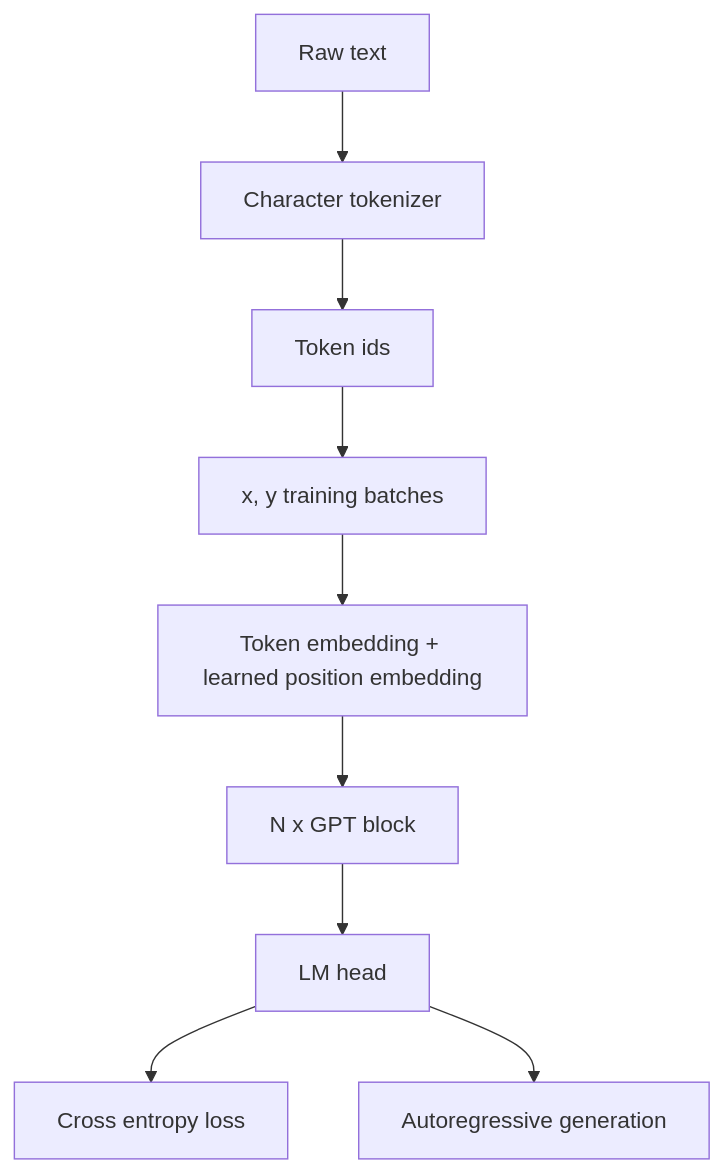
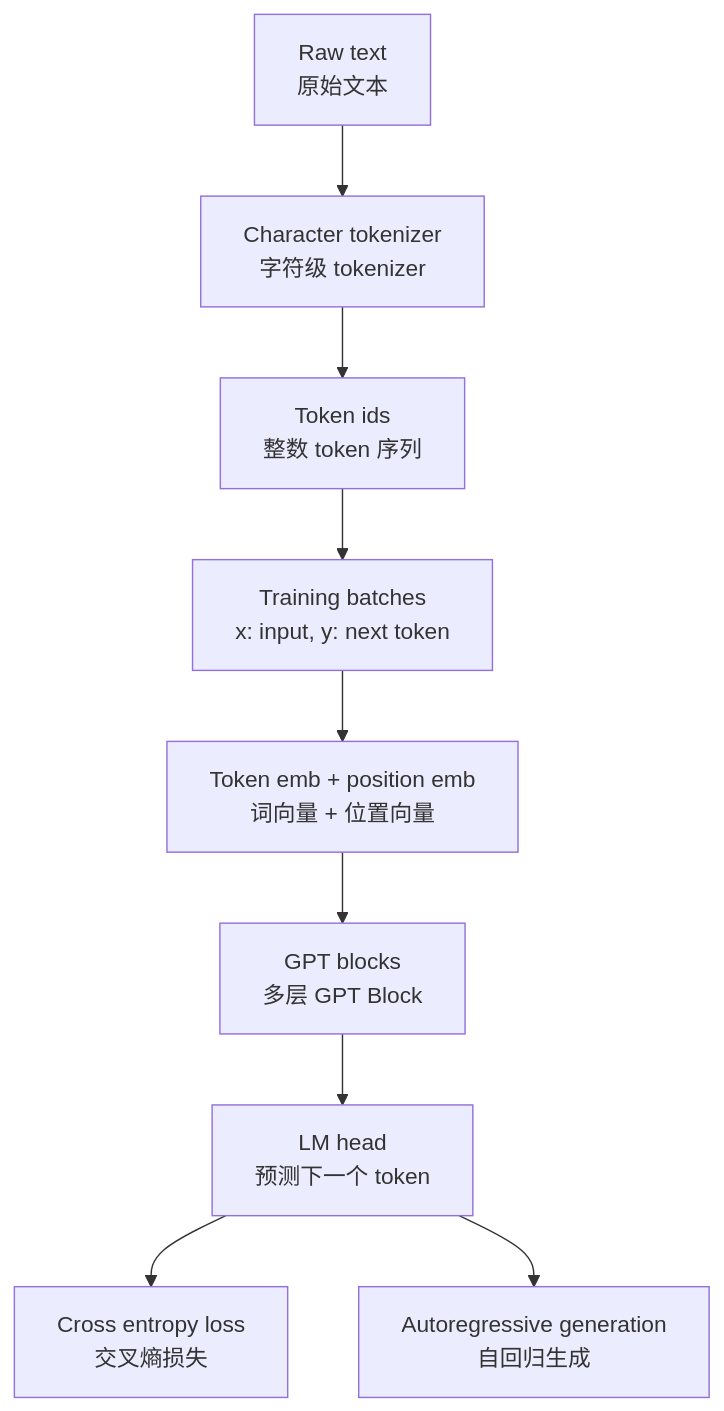
One commit to Lewis-Xinyu/gpt2-to-2026 changed the second of 9 diagrams in docs/architecture_roadmap.md. Above: the diagram before and after it, drawn with Mermaid. The commit also changed other lines of this file and 1 other file, not shown here.

Commit message:
Expand bilingual roadmap documentation

````diff
--- a/docs/architecture_roadmap.md
+++ b/docs/architecture_roadmap.md
@@ -29,16 +34,16 @@
 ```mermaid
 flowchart TD
-    Text["Raw text"]
-    Tok["Character tokenizer"]
-    IDs["Token ids"]
-    Batch["x, y training batches"]
-    Emb["Token embedding + learned position embedding"]
-    Blocks["N x GPT block"]
-    Head["LM head"]
-    Loss["Cross entropy loss"]
-    Sample["Autoregressive generation"]
+    Text["Raw text<br/>原始文本"]
+    Tok["Character tokenizer<br/>字符级 tokenizer"]
+    IDs["Token ids<br/>整数 token 序列"]
+    Batch["Training batches<br/>x: input, y: next token"]
+    Emb["Token emb + position emb<br/>词向量 + 位置向量"]
+    Blocks["GPT blocks<br/>多层 GPT Block"]
+    Head["LM head<br/>预测下一个 token"]
+    Loss["Cross entropy loss<br/>交叉熵损失"]
+    Sample["Autoregressive generation<br/>自回归生成"]
 
     Text --> Tok --> IDs --> Batch --> Emb --> Blocks --> Head
     Head --> Loss
     Head --> Sample
 ```
````
